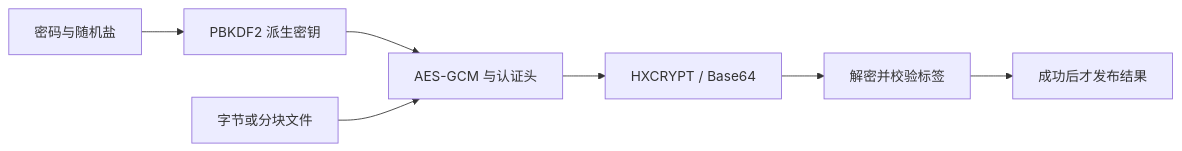
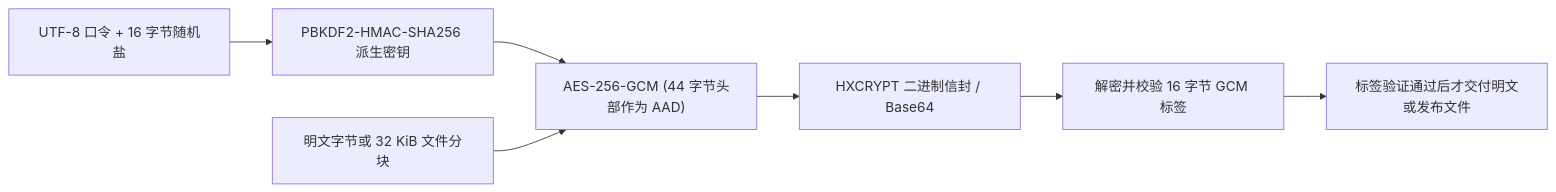
One commit to HuangX666/hx_c_platform changed the diagram in docs/CRYPTO.zh-CN.md. Above: the diagram before and after it, drawn with Mermaid. The commit also changed other lines of this file and 135 other files, not shown here.

````diff
--- a/docs/CRYPTO.zh-CN.md
+++ b/docs/CRYPTO.zh-CN.md
@@ -176,9 +175,9 @@
 ```mermaid
 flowchart LR
-    A["密码与随机盐"] --> B["PBKDF2 派生密钥"]
-    B --> C["AES-GCM 与认证头"]
-    D["字节或分块文件"] --> C
-    C --> E["HXCRYPT / Base64"]
-    E --> F["解密并校验标签"]
-    F --> G["成功后才发布结果"]
+    A["UTF-8 口令 + 16 字节随机盐"] --> B["PBKDF2-HMAC-SHA256 派生密钥"]
+    B --> C["AES-256-GCM (44 字节头部作为 AAD)"]
+    D["明文字节或 32 KiB 文件分块"] --> C
+    C --> E["HXCRYPT 二进制信封 / Base64"]
+    E --> F["解密并校验 16 字节 GCM 标签"]
+    F --> G["标签验证通过后才交付明文或发布文件"]
 ```
````
